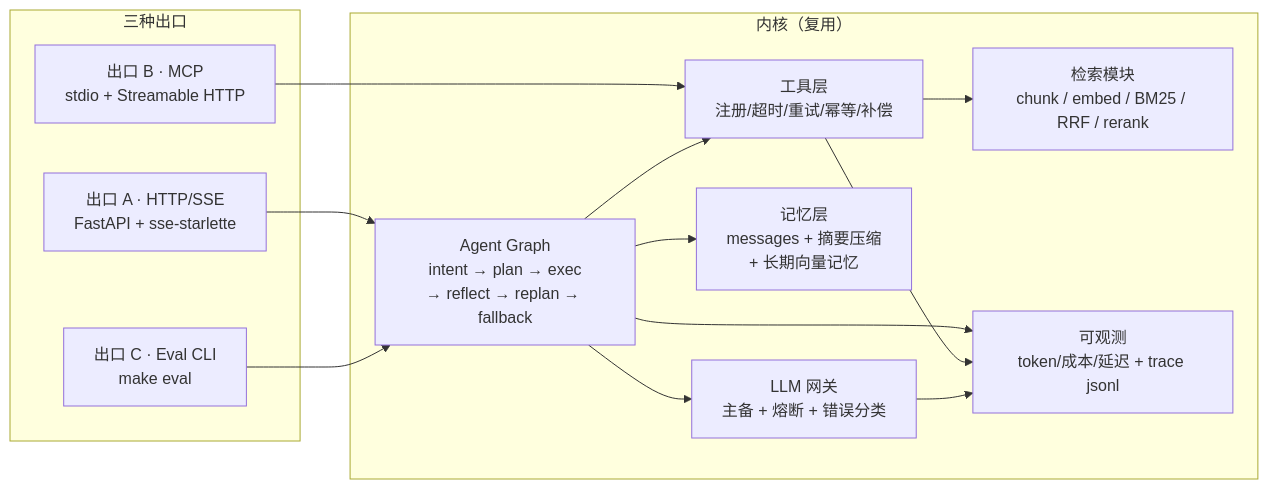
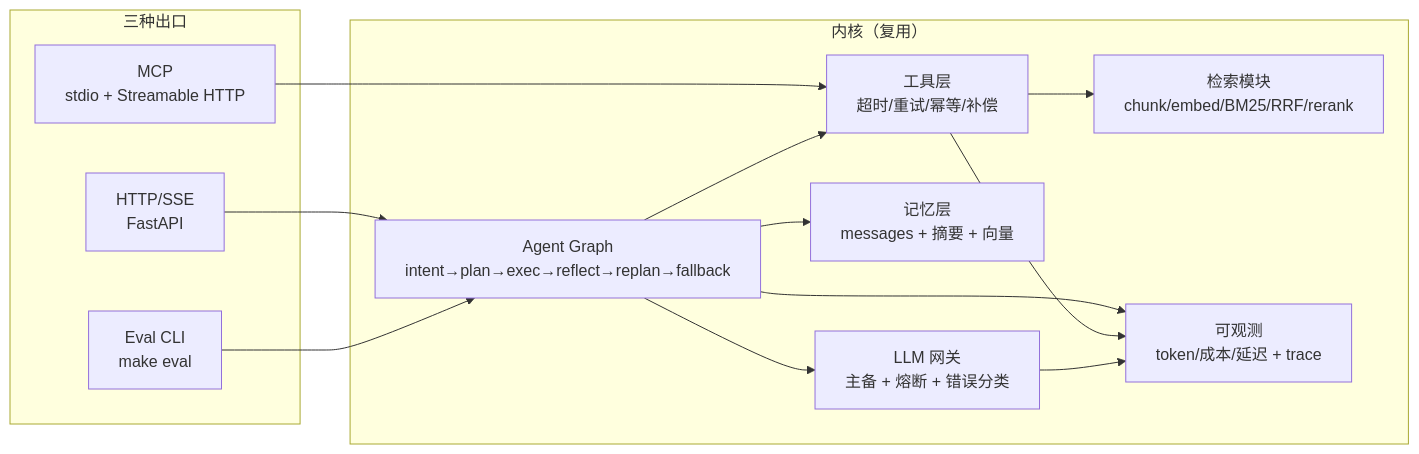
The first of 2 diagrams in docs/00-master-plan.md (IAMCHF/ai-engineering-notes), drawn with Mermaid before and after one commit. The commit also changed other lines of this file and 6 other files, not shown here.

````diff
--- a/docs/00-master-plan.md
+++ b/docs/00-master-plan.md
@@ -396,28 +214,26 @@
 ```mermaid
 graph LR
     subgraph EXPORT["三种出口"]
-        A1["出口 A · HTTP/SSE<br/>FastAPI + sse-starlette"]
-        A2["出口 B · MCP<br/>stdio + Streamable HTTP"]
-        A3["出口 C · Eval CLI<br/>make eval"]
+        A1["HTTP/SSE<br/>FastAPI"]
+        A2["MCP<br/>stdio + Streamable HTTP"]
+        A3["Eval CLI<br/>make eval"]
     end
-
     subgraph CORE["内核（复用）"]
-        G["Agent Graph<br/>intent → plan → exec<br/>→ reflect → replan → fallback"]
-        T["工具层<br/>注册/超时/重试/幂等/补偿"]
-        M["记忆层<br/>messages + 摘要压缩<br/>+ 长期向量记忆"]
-        R["检索模块<br/>chunk / embed / BM25 / RRF / rerank"]
+        G["Agent Graph<br/>intent→plan→exec→reflect→replan→fallback"]
+        T["工具层<br/>超时/重试/幂等/补偿"]
+        M["记忆层<br/>messages + 摘要 + 向量"]
+        R["检索模块<br/>chunk/embed/BM25/RRF/rerank"]
         L["LLM 网关<br/>主备 + 熔断 + 错误分类"]
-        O["可观测<br/>token/成本/延迟 + trace jsonl"]
+        O["可观测<br/>token/成本/延迟 + trace"]
     end
-
     A1 --> G
     A2 --> T
     A3 --> G
     G --> T
     G --> M
     G --> L
     T --> R
     G --> O
     T --> O
     L --> O
 ```
````
